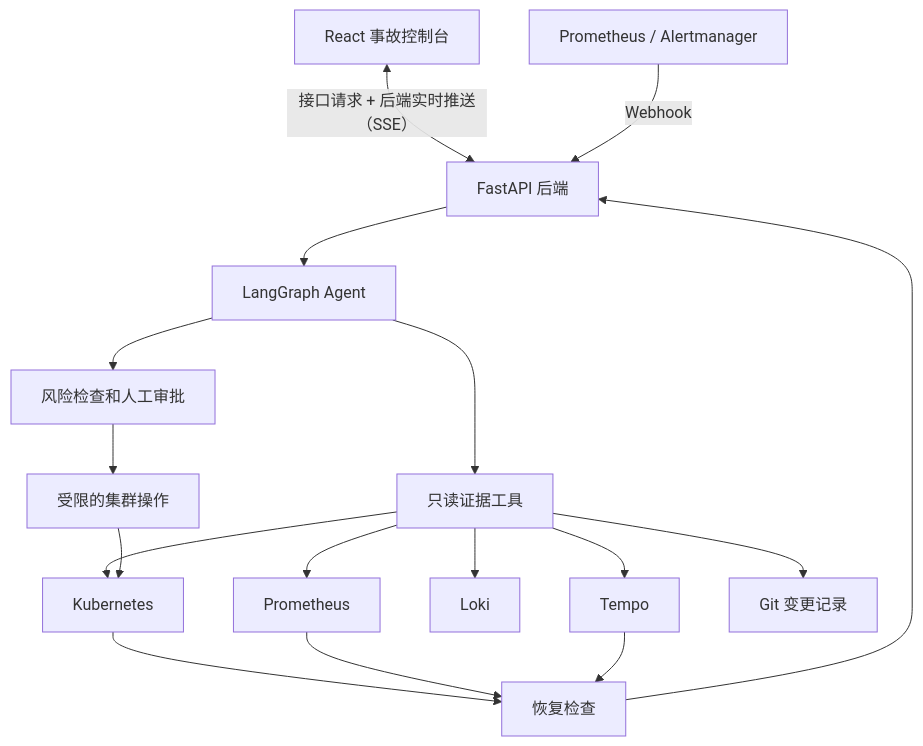
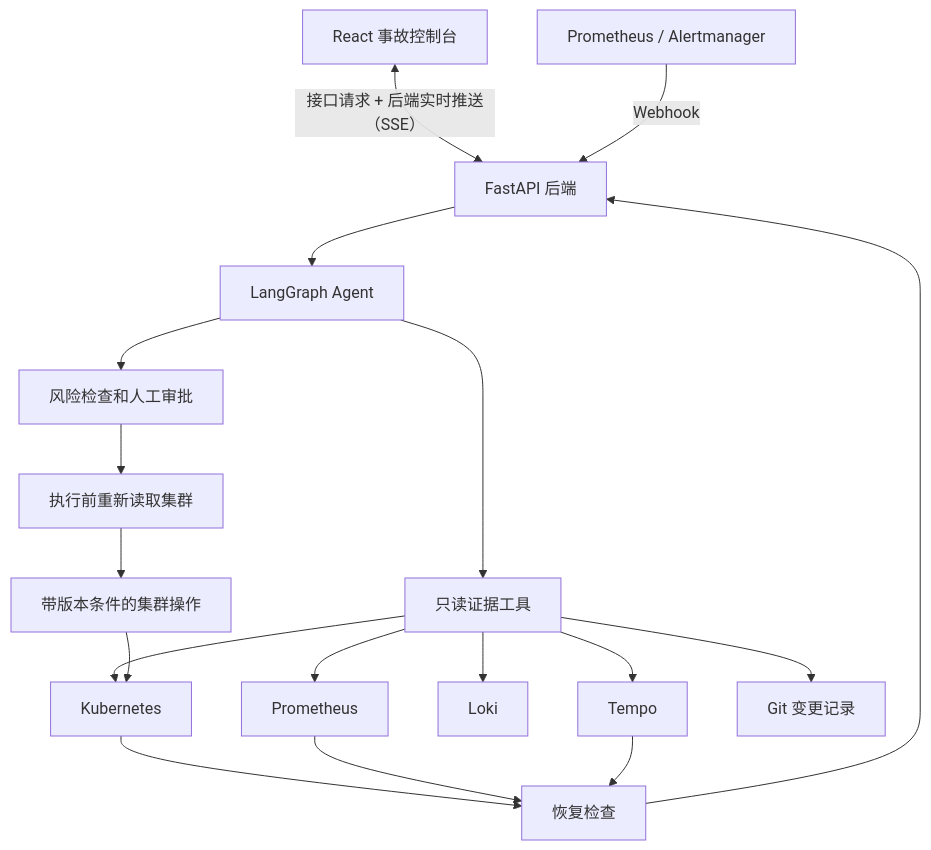
Before and after one commit to q741242673/sentinelops: the second of 2 diagrams in README.md, drawn with Mermaid. The commit also changed other lines of this file and 26 other files, not shown here.

````diff
--- a/README.md
+++ b/README.md
@@ -55,19 +56,20 @@
 ```mermaid
 flowchart TB
     UI["React 事故控制台"] <-->|"接口请求 + 后端实时推送（SSE）"| API["FastAPI 后端"]
     AM["Prometheus / Alertmanager"] -->|"Webhook"| API
     API --> AGENT["LangGraph Agent"]
     AGENT --> READ["只读证据工具"]
     READ --> K8S["Kubernetes"]
     READ --> PROM["Prometheus"]
     READ --> LOKI["Loki"]
     READ --> TEMPO["Tempo"]
     READ --> GIT["Git 变更记录"]
     AGENT --> POLICY["风险检查和人工审批"]
-    POLICY --> WRITE["受限的集群操作"]
+    POLICY --> PREFLIGHT["执行前重新读取集群"]
+    PREFLIGHT --> WRITE["带版本条件的集群操作"]
     WRITE --> K8S
     K8S --> VERIFY["恢复检查"]
     PROM --> VERIFY
     TEMPO --> VERIFY
     VERIFY --> API
 ```
````
